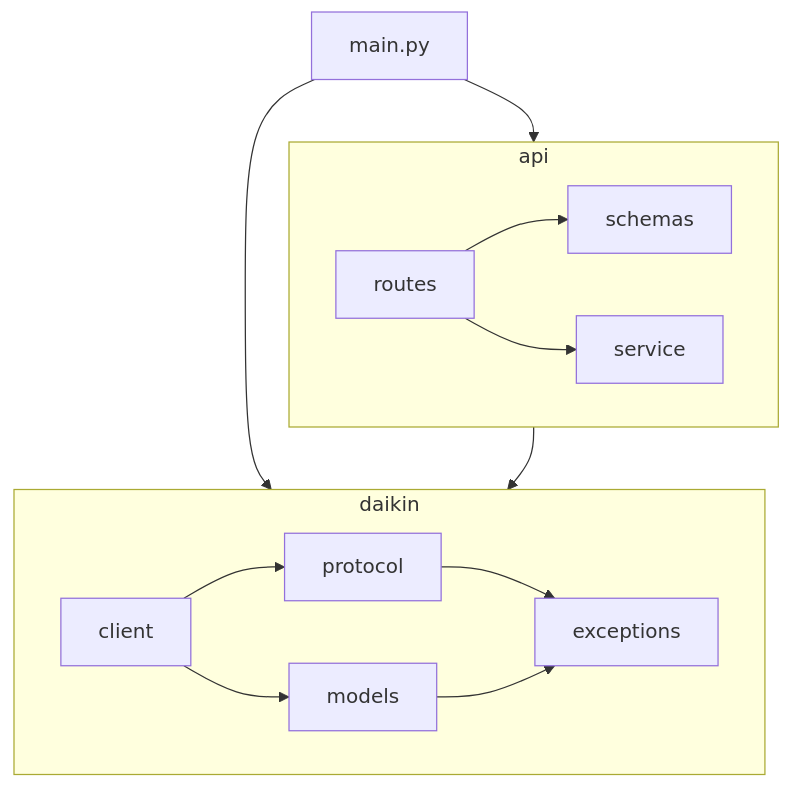
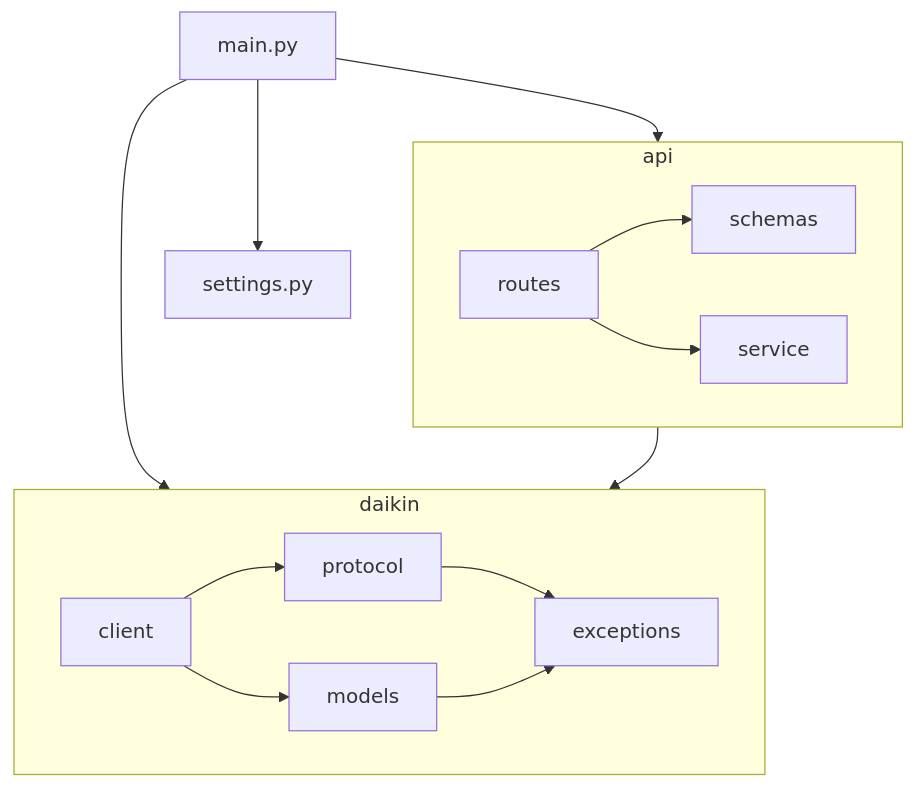
One commit to msageha/daikin-air-purifier-MCK706A-W changed the diagram in docs/development.md. Above: the diagram before and after it, drawn with Mermaid. The commit also changed other lines of this file and 4 other files, not shown here.

````diff
--- a/docs/development.md
+++ b/docs/development.md
@@ -25,13 +25,14 @@
 ```mermaid
 flowchart TB
     main[main.py] --> api
     main --> daikin
+    main --> settings[settings.py]
     subgraph api [api]
         routes --> schemas & service
     end
     subgraph daikin [daikin]
         client --> protocol & models
         protocol & models --> exceptions
     end
     api --> daikin
 ```
````
